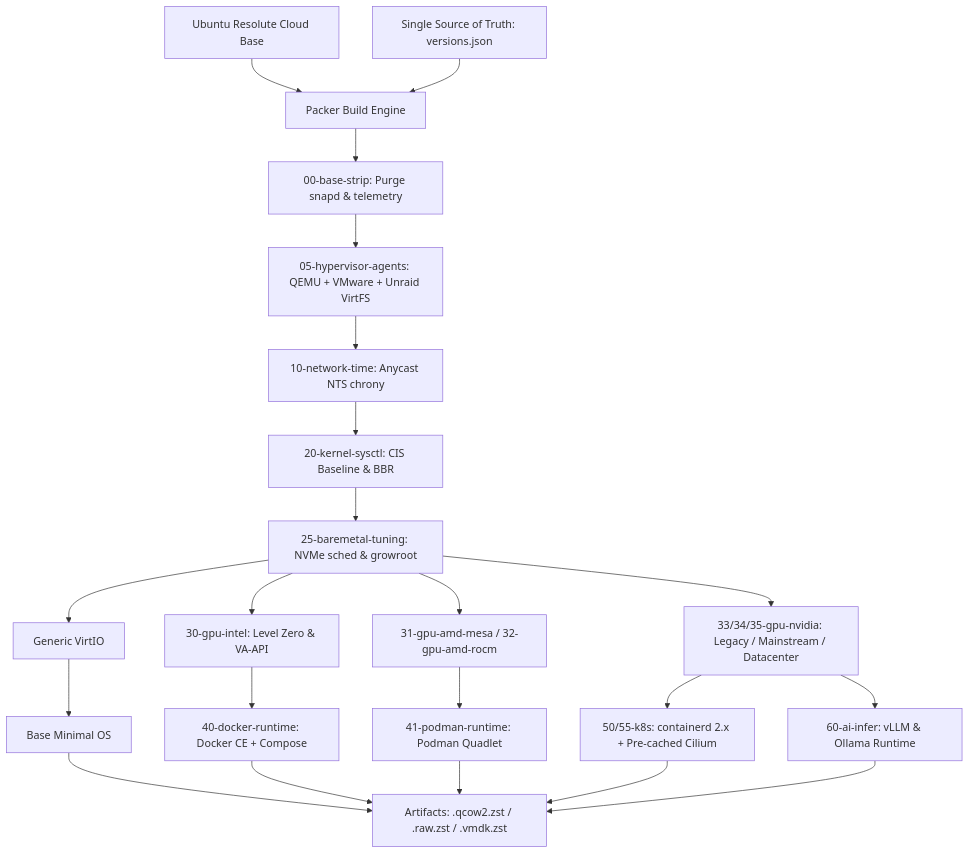
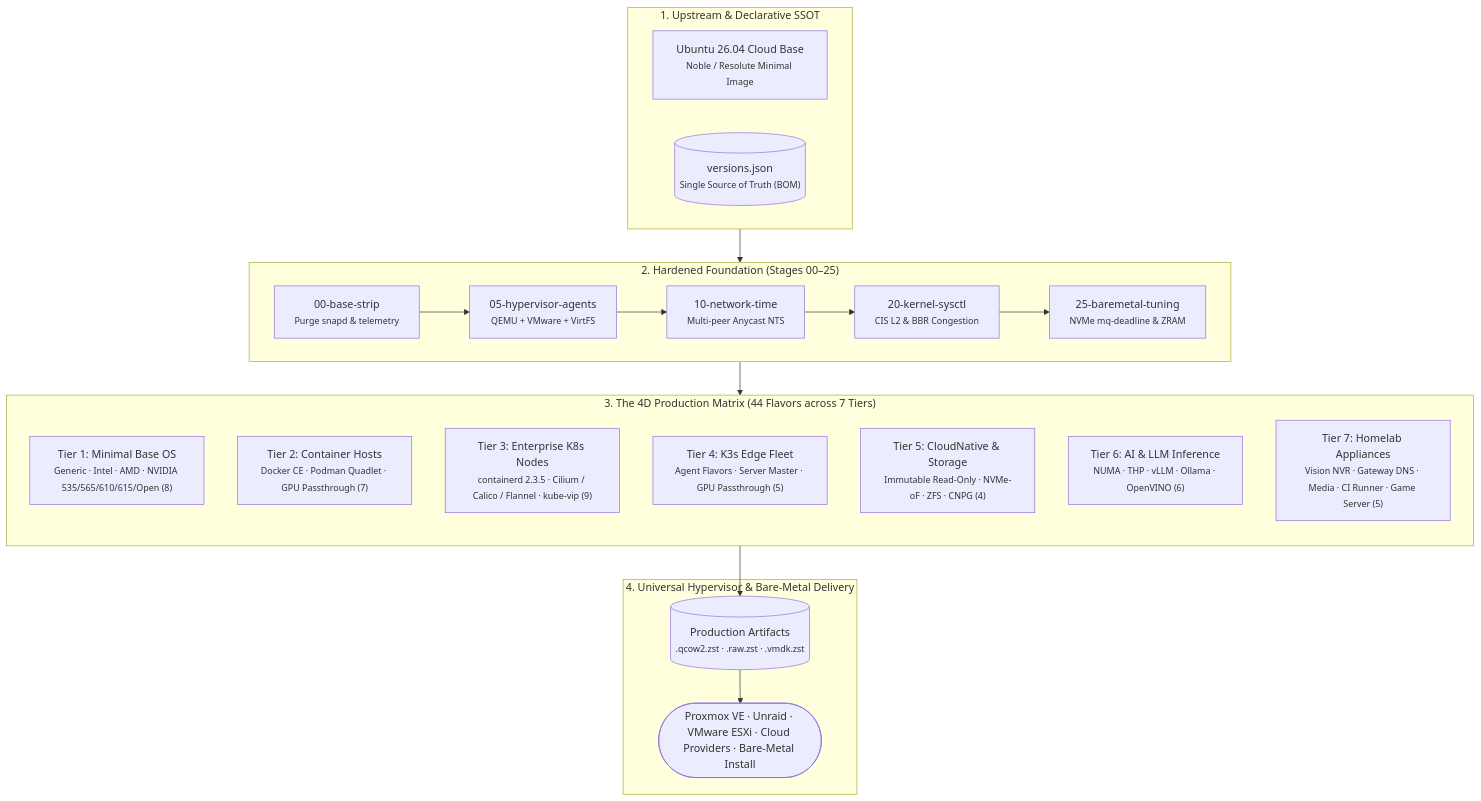
One commit to lusoris/lusoris-cloud-images changed the diagram in docs/index.md. Above: the diagram before and after it, drawn with Mermaid. The commit also changed 16 other files, not shown here.

First line of the commit message:
docs(visuals): overhaul architecture diagrams and resolve documentation defects (#23)

````diff
--- a/docs/index.md
+++ b/docs/index.md
@@ -24,28 +24,37 @@
 ```mermaid
-graph TD
-    Upstream[Ubuntu Resolute Cloud Base] --> Forge[Packer Build Engine]
-    BOM[Single Source of Truth: versions.json] --> Forge
+flowchart TD
+    subgraph Inputs["1. Upstream & Declarative SSOT"]
+        Upstream["Ubuntu 26.04 Cloud Base<br/><small>Noble / Resolute Minimal Image</small>"]
+        SSOT[("versions.json<br/><small>Single Source of Truth (BOM)</small>")]
+    end
 
-    Forge --> Base[00-base-strip: Purge snapd & telemetry]
-    Base --> Agents[05-hypervisor-agents: QEMU + VMware + Unraid VirtFS]
-    Agents --> Time[10-network-time: Anycast NTS chrony]
-    Time --> Hardening[20-kernel-sysctl: CIS Baseline & BBR]
-    Hardening --> BM[25-baremetal-tuning: NVMe sched & growroot]
+    subgraph Core["2. Hardened Foundation (Stages 00–25)"]
+        S0["00-base-strip<br/><small>Purge snapd & telemetry</small>"]
+        S1["05-hypervisor-agents<br/><small>QEMU + VMware + VirtFS</small>"]
+        S2["10-network-time<br/><small>Multi-peer Anycast NTS</small>"]
+        S3["20-kernel-sysctl<br/><small>CIS L2 & BBR Congestion</small>"]
+        S4["25-baremetal-tuning<br/><small>NVMe mq-deadline & ZRAM</small>"]
+        S0 --> S1 --> S2 --> S3 --> S4
+    end
 
-    BM --> H_Gen[Generic VirtIO]
-    BM --> H_Intel[30-gpu-intel: Level Zero & VA-API]
-    BM --> H_AMD[31-gpu-amd-mesa / 32-gpu-amd-rocm]
-    BM --> H_NV[33/34/35-gpu-nvidia: Legacy / Mainstream / Datacenter]
+    subgraph Tiers["3. The 4D Production Matrix (44 Flavors across 7 Tiers)"]
+        direction TB
+        T1["Tier 1: Minimal Base OS<br/><small>Generic · Intel · AMD · NVIDIA 535/565/610/615/Open (8)</small>"]
+        T2["Tier 2: Container Hosts<br/><small>Docker CE · Podman Quadlet · GPU Passthrough (7)</small>"]
+        T3["Tier 3: Enterprise K8s Nodes<br/><small>containerd 2.3.5 · Cilium / Calico / Flannel · kube-vip (9)</small>"]
+        T4["Tier 4: K3s Edge Fleet<br/><small>Agent Flavors · Server Master · GPU Passthrough (5)</small>"]
+        T5["Tier 5: CloudNative & Storage<br/><small>Immutable Read-Only · NVMe-oF · ZFS · CNPG (4)</small>"]
+        T6["Tier 6: AI & LLM Inference<br/><small>NUMA · THP · vLLM · Ollama · OpenVINO (6)</small>"]
+        T7["Tier 7: Homelab Appliances<br/><small>Vision NVR · Gateway DNS · Media · CI Runner · Game Server (5)</small>"]
+    end
 
-    H_Gen --> W_Base[Base Minimal OS]
-    H_Intel --> W_Dock[40-docker-runtime: Docker CE + Compose]
-    H_AMD --> W_Pod[41-podman-runtime: Podman Quadlet]
-    H_NV --> W_K8s[50/55-k8s: containerd 2.x + Pre-cached Cilium]
-    H_NV --> W_AI[60-ai-infer: vLLM & Ollama Runtime]
+    subgraph Delivery["4. Universal Hypervisor & Bare-Metal Delivery"]
+        Artifacts[("Production Artifacts<br/><small>.qcow2.zst · .raw.zst · .vmdk.zst</small>")]
+        Platforms(["Proxmox VE · Unraid · VMware ESXi · Cloud Providers · Bare-Metal Install"])
+        Artifacts --> Platforms
+    end
 
-    W_Base --> OUT[Artifacts: .qcow2.zst / .raw.zst / .vmdk.zst]
-    W_Dock --> OUT
-    W_Pod --> OUT
-    W_K8s --> OUT
-    W_AI --> OUT
+    Inputs --> Core
+    Core --> Tiers
+    Tiers --> Artifacts
 ```
````
